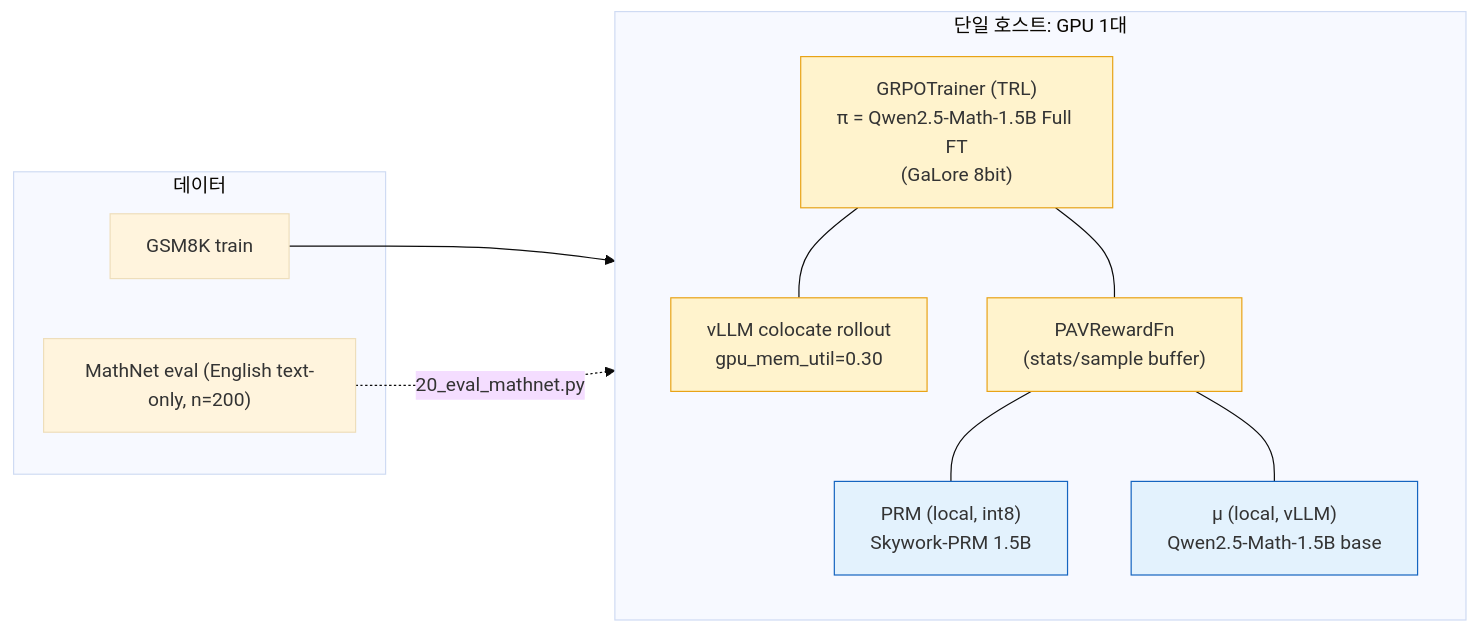
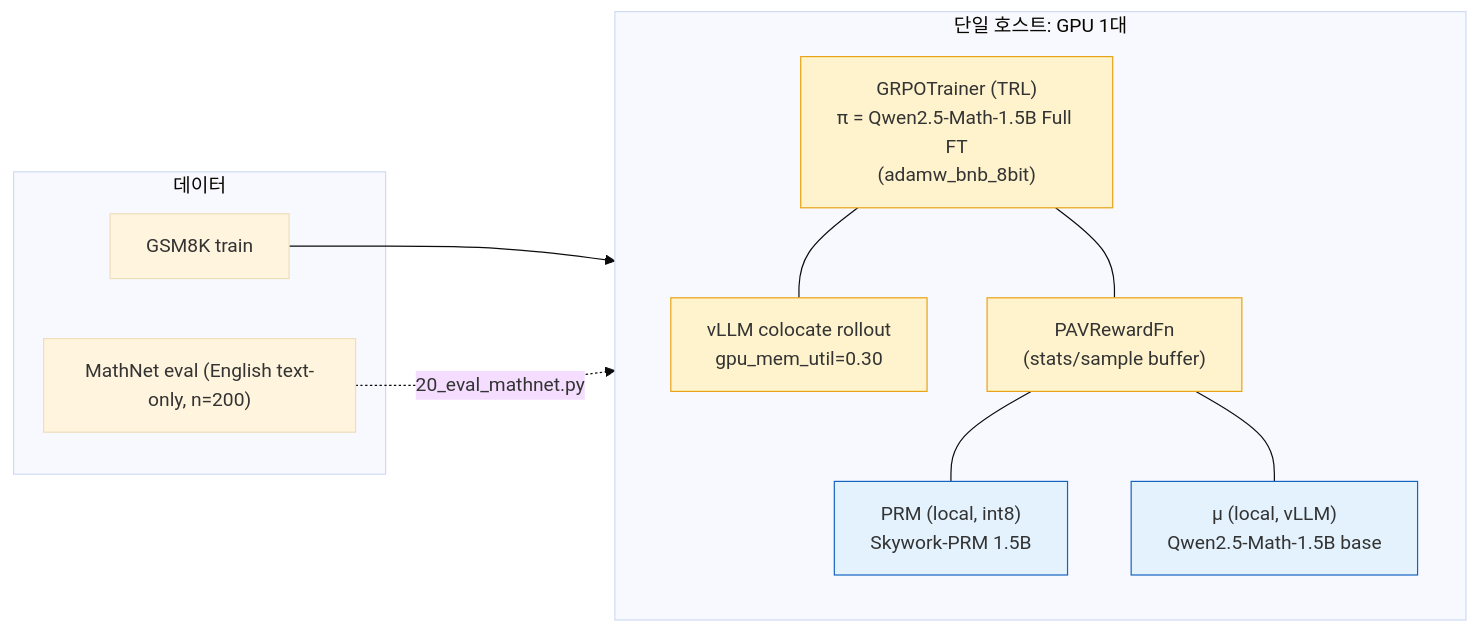
One commit to LeeSongHeon-LSH/DRL-TERM_PROJECT changed the first of 7 diagrams in PAV/docs/TRAINING_FLOW.md. Above: the diagram before and after it, drawn with Mermaid (base theme). The commit also changed other lines of this file and 7 other files, not shown here.

````diff
--- a/PAV/docs/TRAINING_FLOW.md
+++ b/PAV/docs/TRAINING_FLOW.md
@@ -16,28 +16,28 @@
 ```mermaid
 flowchart LR
     subgraph Host["단일 호스트: GPU 1대"]
         direction TB
-        TRAIN["GRPOTrainer (TRL)<br>π = Qwen2.5-Math-1.5B Full FT<br>(GaLore 8bit)"]
+        TRAIN["GRPOTrainer (TRL)<br>π = Qwen2.5-Math-1.5B Full FT<br>(adamw_bnb_8bit)"]
         VLLM["vLLM colocate rollout<br>gpu_mem_util=0.30"]
         REWARD["PAVRewardFn<br>(stats/sample buffer)"]
         PRM_LOC["PRM (local, int8)<br>Skywork-PRM 1.5B"]
         MU_LOC["μ (local, vLLM)<br>Qwen2.5-Math-1.5B base"]
         TRAIN --- VLLM
         TRAIN --- REWARD
         REWARD --- PRM_LOC
         REWARD --- MU_LOC
     end
 
     subgraph Data["데이터"]
         GSM["GSM8K train"]
         MN["MathNet eval (English text-only, n=200)"]
     end
 
     GSM --> TRAIN
     MN -. "20_eval_mathnet.py" .-> VLLM
 
     classDef main fill:#fff3cd,stroke:#e8a317
     classDef local fill:#e3f2fd,stroke:#1565c0
     class TRAIN,VLLM,REWARD main
     class PRM_LOC,MU_LOC local
 ```
````
